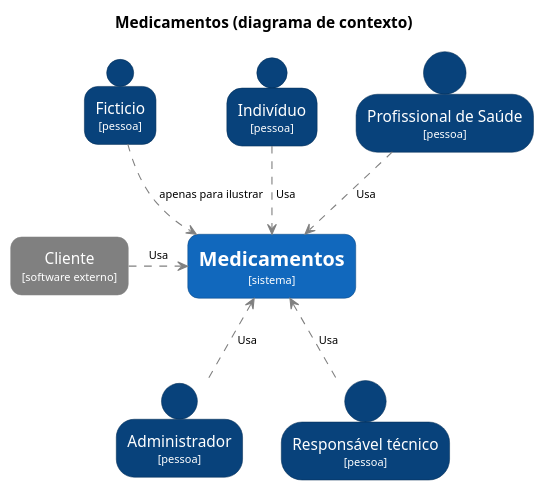
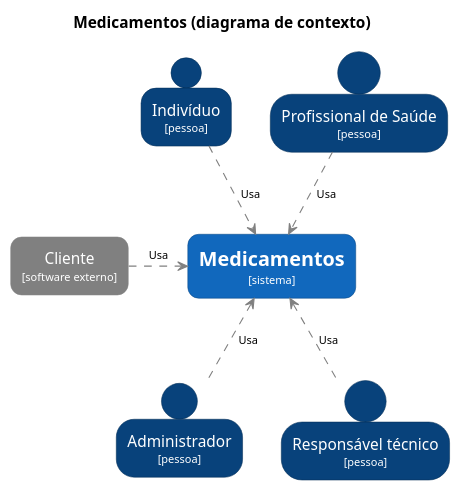
One commit to kyriosdata/medicamentos changed the diagram in UML/c4-context.puml. Above: the diagram before and after it, drawn with PlantUML.

```diff
--- a/UML/c4-context.puml
+++ b/UML/c4-context.puml
@@ -1,55 +1,52 @@
 @startuml c4-context
 
 title Medicamentos (diagrama de contexto)
 
 top to bottom direction
 
 skinparam {
   shadowing false
   arrowFontSize 10
   defaultTextAlignment center
   wrapWidth 200
   maxMessageSize 100
   ArrowColor #gray
 }
 
 hide stereotype
 
 skinparam rectangle<<SoftwareSystem>> {
   BackgroundColor #1168bd
   FontColor #ffffff
   BorderColor #0b4884
   roundCorner 20
 }
 
 skinparam rectangle<<SoftwareExternal>> {
   BackgroundColor #gray
   FontColor #ffffff
   BorderColor #gray
   roundCorner 20
 }
 
 skinparam person<<User>> {
   BackgroundColor #08427b
   FontColor #ffffff
   BorderColor #052e56
 }
 
-person "Ficticio\n<size:10>[pessoa]</size>" <<User>> as Ficticio
-
 person "Indivíduo\n<size:10>[pessoa]</size>" <<User>> as User
 person "Administrador\n<size:10>[pessoa]</size>" <<User>> as Administrador
 person "Responsável técnico\n<size:10>[pessoa]</size>" <<User>> as RT
 person "Profissional de Saúde\n<size:10>[pessoa]</size>" <<User>> as PS
 
 rectangle "=Medicamentos\n<size:10>[sistema]</size>" <<SoftwareSystem>> as SoftwareSystem
 rectangle "Cliente\n<size:10>[software externo]</size>" <<SoftwareExternal>> as SC
 
-Ficticio ..> SoftwareSystem : " apenas para ilustrar"
 User ..> SoftwareSystem : " Usa"
 PS ..> SoftwareSystem : " Usa"
 SC .right.> SoftwareSystem : "Usa"
 Administrador .up.> SoftwareSystem : " Usa"
 RT .up.> SoftwareSystem : " Usa"
 
 @enduml
```
